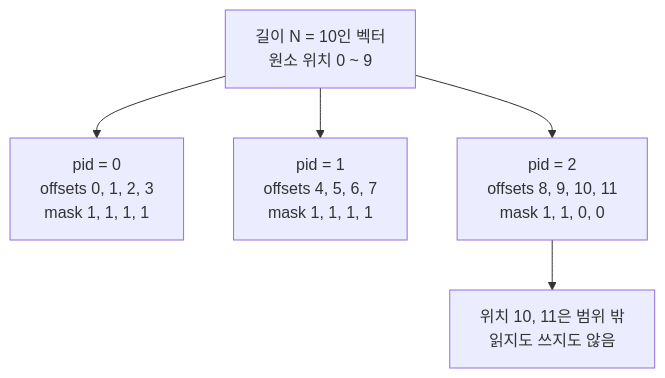
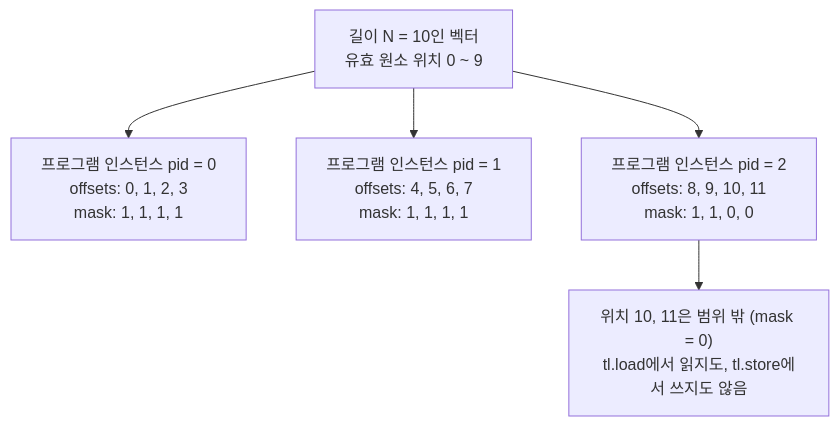
Before and after one commit to legato-user-group/tensor2silicon-lab: the second of 5 diagrams in week06/yblee.md, drawn with Mermaid. The commit also changed other lines of this file, not shown here.

````diff
--- a/week06/yblee.md
+++ b/week06/yblee.md
@@ -238,8 +341,8 @@
 ```mermaid
 flowchart TB
-    V["길이 N = 10인 벡터<br/>원소 위치 0 ~ 9"]
-    V --> P0["pid = 0<br/>offsets 0, 1, 2, 3<br/>mask 1, 1, 1, 1"]
-    V --> P1["pid = 1<br/>offsets 4, 5, 6, 7<br/>mask 1, 1, 1, 1"]
-    V --> P2["pid = 2<br/>offsets 8, 9, 10, 11<br/>mask 1, 1, 0, 0"]
-    P2 --> OUT["위치 10, 11은 범위 밖<br/>읽지도 쓰지도 않음"]
+    V["길이 N = 10인 벡터<br/>유효 원소 위치 0 ~ 9"]
+    V --> P0["프로그램 인스턴스 pid = 0<br/>offsets: 0, 1, 2, 3<br/>mask: 1, 1, 1, 1"]
+    V --> P1["프로그램 인스턴스 pid = 1<br/>offsets: 4, 5, 6, 7<br/>mask: 1, 1, 1, 1"]
+    V --> P2["프로그램 인스턴스 pid = 2<br/>offsets: 8, 9, 10, 11<br/>mask: 1, 1, 0, 0"]
+    P2 --> OUT["위치 10, 11은 범위 밖 (mask = 0)<br/>tl.load에서 읽지도, tl.store에서 쓰지도 않음"]
 ```
````
